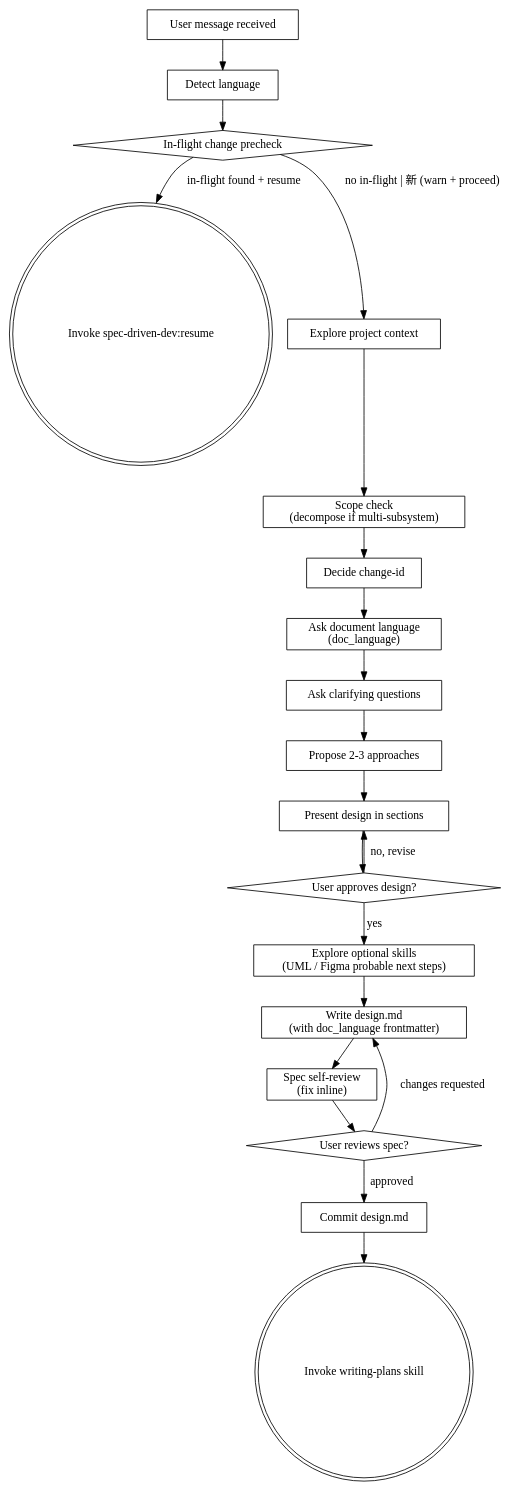
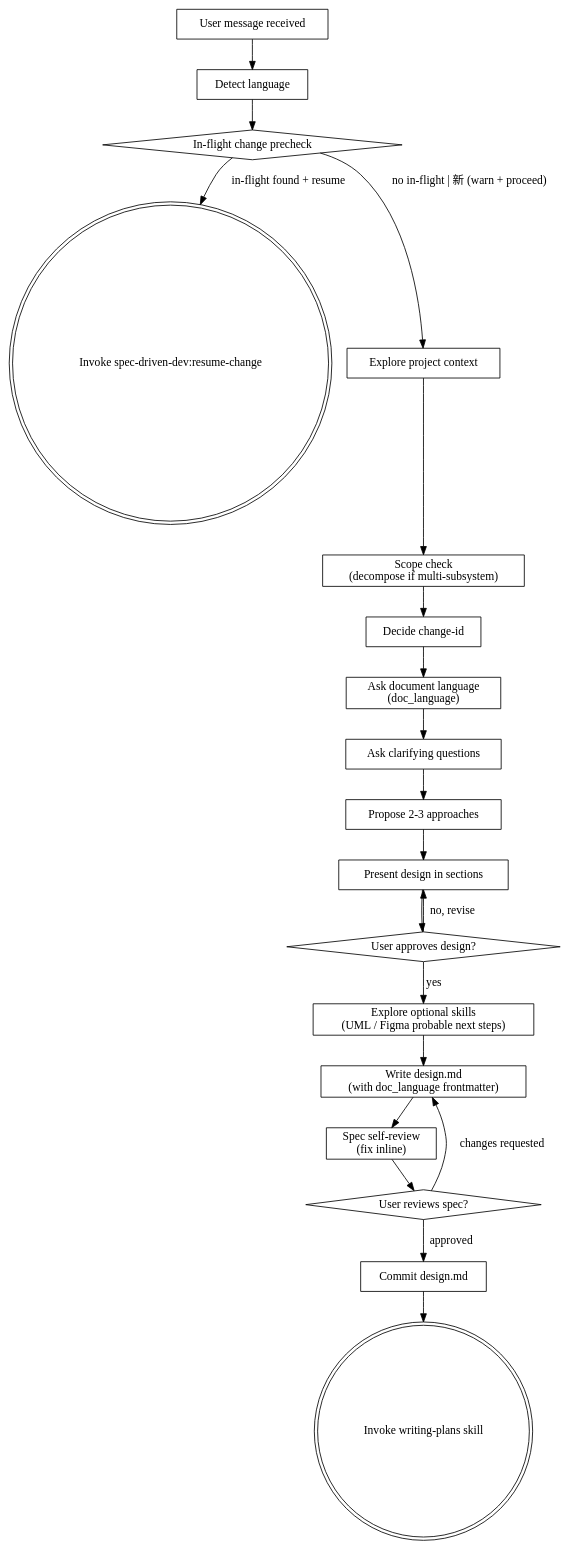
The diagram in plugins/spec-driven-dev/skills/brainstorming/SKILL.md (BIBIOTA/yuki-marketplace), drawn with Graphviz before and after one commit. The commit also changed other lines of this file and 7 other files, not shown here.

````diff
--- a/plugins/spec-driven-dev/skills/brainstorming/SKILL.md
+++ b/plugins/spec-driven-dev/skills/brainstorming/SKILL.md
@@ -71,44 +71,44 @@
 ```dot
 digraph brainstorming {
     rankdir=TB;
 
     "User message received" [shape=box];
     "Detect language" [shape=box];
     "In-flight change precheck" [shape=diamond];
-    "Invoke spec-driven-dev:resume" [shape=doublecircle];
+    "Invoke spec-driven-dev:resume-change" [shape=doublecircle];
     "Explore project context" [shape=box];
     "Scope check\n(decompose if multi-subsystem)" [shape=box];
     "Decide change-id" [shape=box];
     "Ask document language\n(doc_language)" [shape=box];
     "Ask clarifying questions" [shape=box];
     "Propose 2-3 approaches" [shape=box];
     "Present design in sections" [shape=box];
     "User approves design?" [shape=diamond];
     "Explore optional skills\n(UML / Figma probable next steps)" [shape=box];
     "Write design.md\n(with doc_language frontmatter)" [shape=box];
     "Spec self-review\n(fix inline)" [shape=box];
     "User reviews spec?" [shape=diamond];
     "Commit design.md" [shape=box];
     "Invoke writing-plans skill" [shape=doublecircle];
 
     "User message received" -> "Detect language";
     "Detect language" -> "In-flight change precheck";
-    "In-flight change precheck" -> "Invoke spec-driven-dev:resume" [label="in-flight found + resume"];
+    "In-flight change precheck" -> "Invoke spec-driven-dev:resume-change" [label="in-flight found + resume"];
     "In-flight change precheck" -> "Explore project context" [label="no in-flight | 新 (warn + proceed)"];
     "Explore project context" -> "Scope check\n(decompose if multi-subsystem)";
     "Scope check\n(decompose if multi-subsystem)" -> "Decide change-id";
     "Decide change-id" -> "Ask document language\n(doc_language)";
     "Ask document language\n(doc_language)" -> "Ask clarifying questions";
     "Ask clarifying questions" -> "Propose 2-3 approaches";
     "Propose 2-3 approaches" -> "Present design in sections";
     "Present design in sections" -> "User approves design?";
     "User approves design?" -> "Present design in sections" [label="no, revise"];
     "User approves design?" -> "Explore optional skills\n(UML / Figma probable next steps)" [label="yes"];
     "Explore optional skills\n(UML / Figma probable next steps)" -> "Write design.md\n(with doc_language frontmatter)";
     "Write design.md\n(with doc_language frontmatter)" -> "Spec self-review\n(fix inline)";
     "Spec self-review\n(fix inline)" -> "User reviews spec?";
     "User reviews spec?" -> "Write design.md\n(with doc_language frontmatter)" [label="changes requested"];
     "User reviews spec?" -> "Commit design.md" [label="approved"];
     "Commit design.md" -> "Invoke writing-plans skill";
 }
 ```
````
